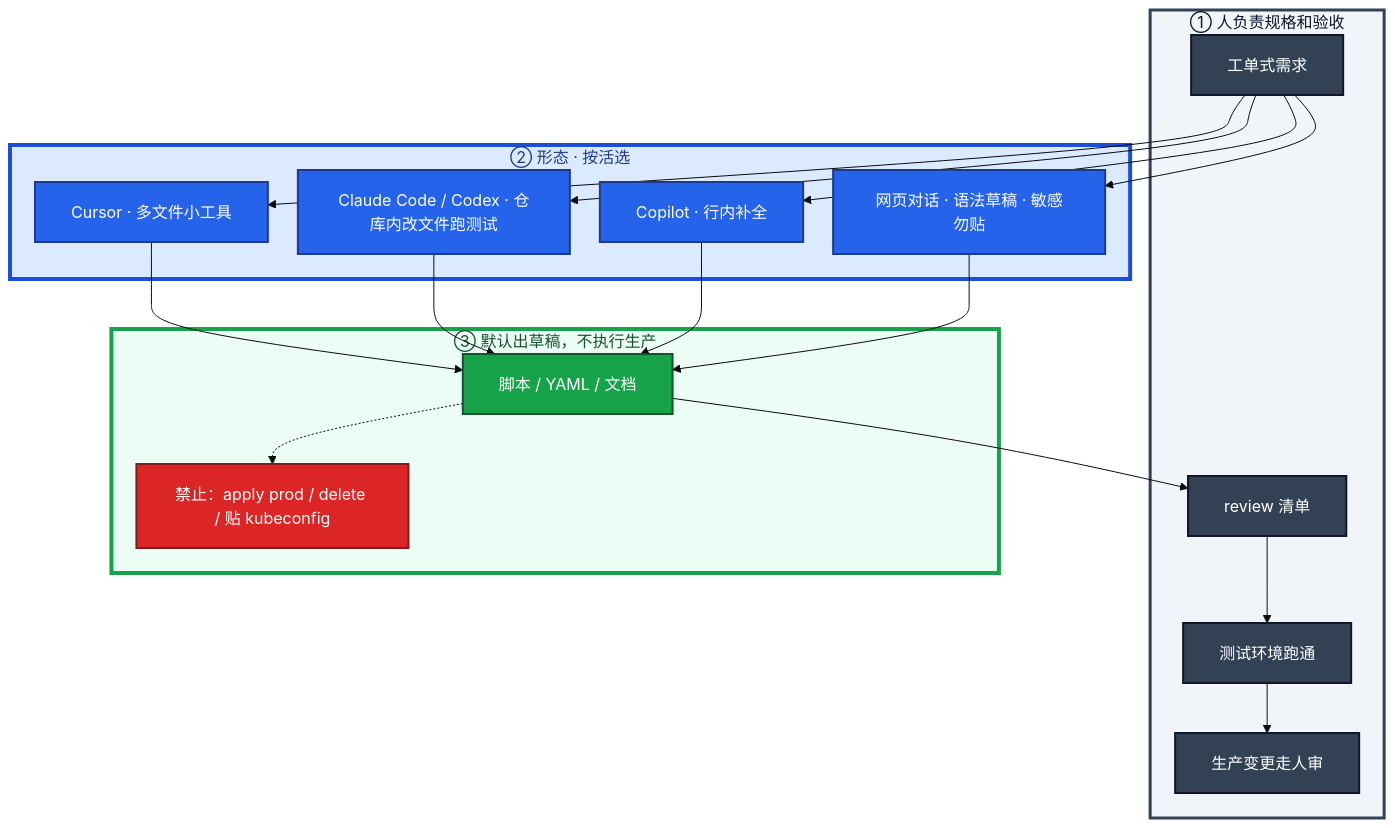
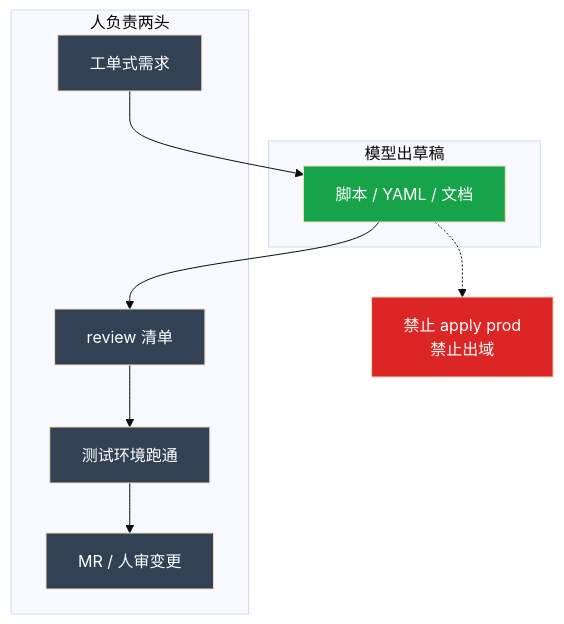
Before and after one commit to ml-cuizijun/LearnToLilith: the first of 4 diagrams in 09-AI与智能运维/07-AI工具实战与Vibe-Coding/知识点.md, drawn with Mermaid. The commit also changed other lines of this file and 213 other files, not shown here.

````diff
--- a/09-AI与智能运维/07-AI工具实战与Vibe-Coding/知识点.md
+++ b/09-AI与智能运维/07-AI工具实战与Vibe-Coding/知识点.md
@@ -80,46 +42,22 @@
 ```mermaid
-%%{init: {"flowchart": {"padding": 18, "nodeSpacing": 30, "rankSpacing": 50}, "theme": "base"}}%%
+%%{init: {"theme": "base", "flowchart": {"padding": 16}}}%%
 flowchart TB
-    subgraph human ["① 人负责规格和验收"]
-        spec[工单式需求]
-        rev[review 清单]
-        test[测试环境跑通]
-        change[生产变更走人审]
+    classDef human fill:#334155,color:#fff
+    classDef tool fill:#2563EB,color:#fff
+    classDef out fill:#16A34A,color:#fff
+    classDef deny fill:#DC2626,color:#fff
+
+    subgraph human_side ["人负责两头"]
+        SPEC["工单式需求"]:::human
+        REV["review 清单"]:::human
+        TEST["测试环境跑通"]:::human
+        MR["MR / 人审变更"]:::human
     end
 
-    subgraph tools ["② 形态 · 按活选"]
-        cur[Cursor · 多文件小工具]
-        cc[Claude Code / Codex · 仓库内改文件跑测试]
-        cop[Copilot · 行内补全]
-        web[网页对话 · 语法草稿 · 敏感勿贴]
+    subgraph ai ["模型出草稿"]
+        DRAFT["脚本 / YAML / 文档"]:::out
     end
 
-    subgraph out ["③ 默认出草稿，不执行生产"]
-        draft[脚本 / YAML / 文档]
-        deny["禁止：apply prod / delete / 贴 kubeconfig"]
-    end
-
-    spec --> cur
-    spec --> cc
-    spec --> cop
-    spec --> web
-    cur --> draft
-    cc --> draft
-    cop --> draft
-    web --> draft
-    draft --> rev --> test --> change
-    draft -.-> deny
-
-    classDef h fill:#334155,stroke:#0F172A,stroke-width:2px,color:#fff
-    classDef t fill:#2563EB,stroke:#1E3A8A,stroke-width:2px,color:#fff
-    classDef ok fill:#16A34A,stroke:#14532D,stroke-width:2px,color:#fff
-    classDef bad fill:#DC2626,stroke:#7F1D1D,stroke-width:2px,color:#fff
-    class spec,rev,test,change h
-    class cur,cc,cop,web t
-    class draft ok
-    class deny bad
-
-    style human fill:#F1F5F9,stroke:#334155,stroke-width:3px,color:#0F172A
-    style tools fill:#DBEAFE,stroke:#1D4ED8,stroke-width:4px,color:#1E3A8A
-    style out fill:#ECFDF5,stroke:#16A34A,stroke-width:4px,color:#14532D
+    SPEC --> DRAFT --> REV --> TEST --> MR
+    DRAFT -.-> DENY["禁止 apply prod<br/>禁止出域"]:::deny
 ```
````
